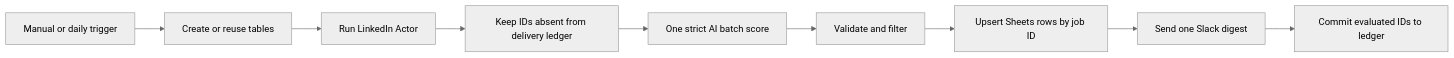
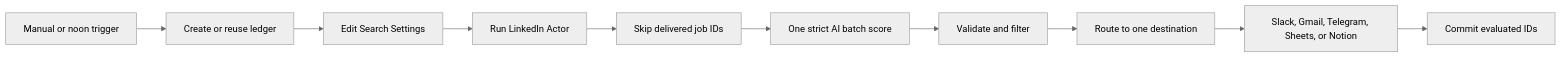
The diagram in workflows/linkedin-job-match-digest/README.md (annamiy/fetchcat-n8n-workflows), drawn with Mermaid (neutral theme) before and after one commit. The commit also changed other lines of this file and 11 other files, not shown here.

````diff
--- a/workflows/linkedin-job-match-digest/README.md
+++ b/workflows/linkedin-job-match-digest/README.md
@@ -44,11 +36,12 @@
 ```mermaid
 flowchart LR
-  T[Manual or daily trigger] --> I[Create or reuse tables]
-  I --> A[Run LinkedIn Actor]
-  A --> D[Keep IDs absent from delivery ledger]
+  T[Manual or noon trigger] --> L[Create or reuse ledger]
+  L --> C[Edit Search Settings]
+  C --> A[Run LinkedIn Actor]
+  A --> D[Skip delivered job IDs]
   D --> O[One strict AI batch score]
   O --> F[Validate and filter]
-  F --> G[Upsert Sheets rows by job ID]
-  G --> S[Send one Slack digest]
-  S --> L[Commit evaluated IDs to ledger]
+  F --> R[Route to one destination]
+  R --> X[Slack, Gmail, Telegram, Sheets, or Notion]
+  X --> K[Commit evaluated IDs]
 ```
````
